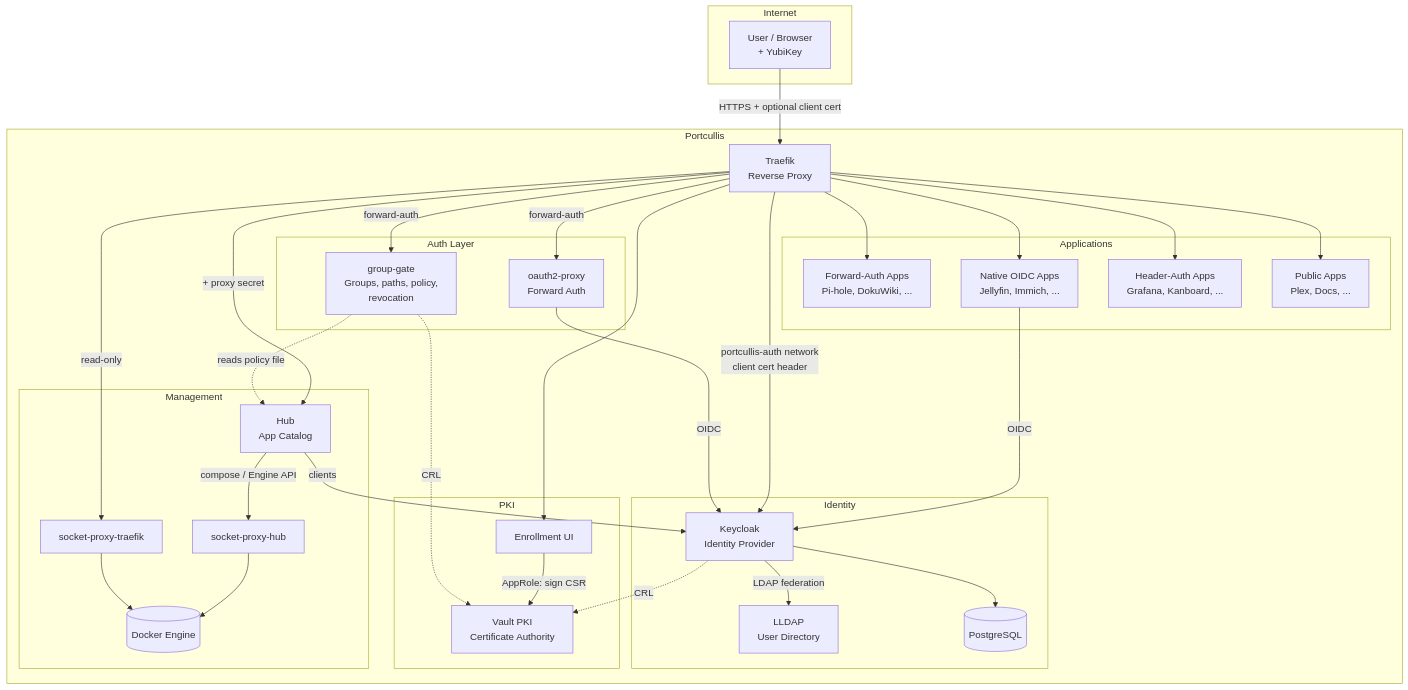
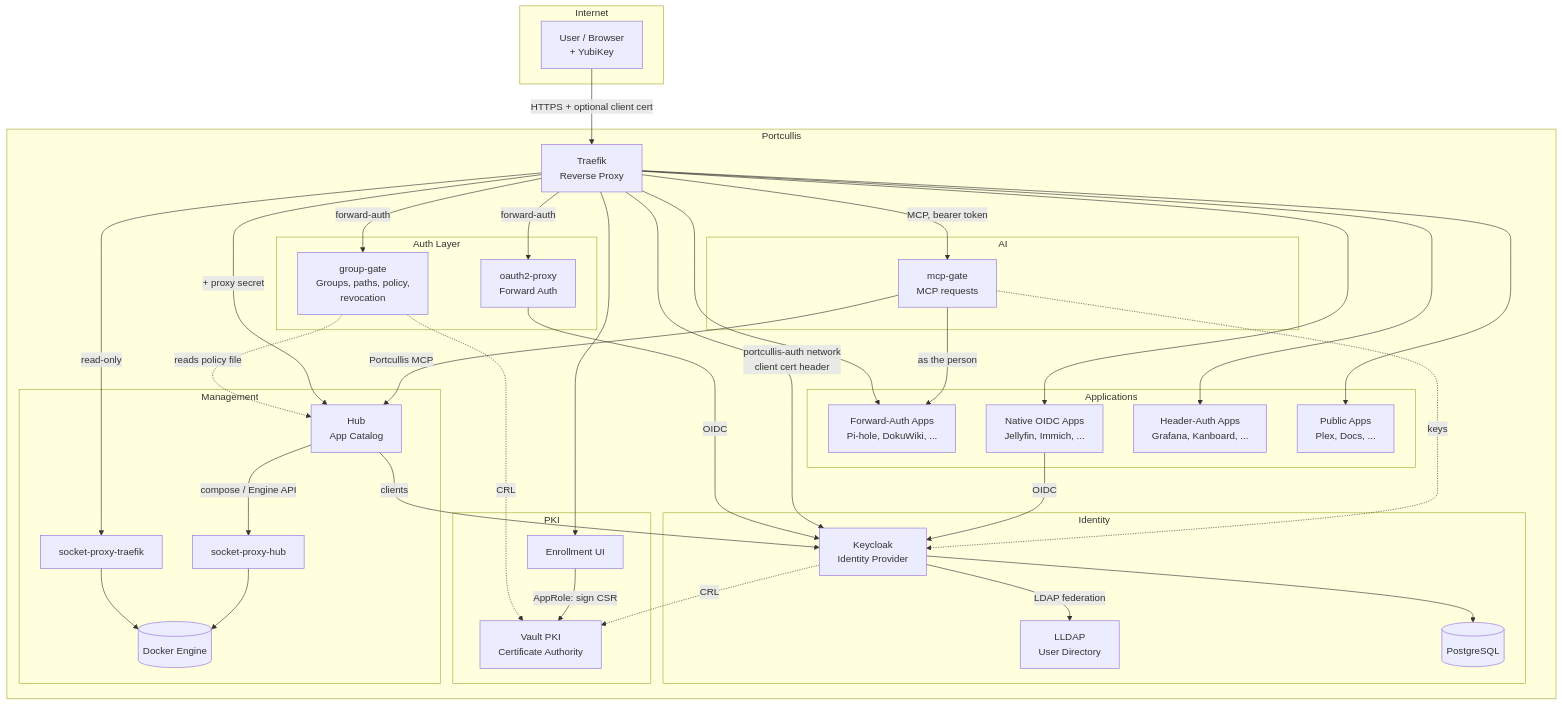
Before and after one commit to porelli/portcullis-docs: the first of 12 diagrams in docs/architecture.md, drawn with Mermaid. The commit also changed other lines of this file and 74 other files, not shown here.

````diff
--- a/docs/architecture.md
+++ b/docs/architecture.md
@@ -7,69 +7,78 @@
 ```mermaid
 graph TB
     subgraph Internet
         User[User / Browser<br/>+ YubiKey]
     end
 
     subgraph Portcullis
         Traefik[Traefik<br/>Reverse Proxy]
 
         subgraph Auth Layer
             OAuth2[oauth2-proxy<br/>Forward Auth]
             GroupGate[group-gate<br/>Groups, paths, policy,<br/>revocation]
         end
 
         subgraph Identity
             Keycloak[Keycloak<br/>Identity Provider]
             LLDAP[LLDAP<br/>User Directory]
             Postgres[(PostgreSQL)]
         end
 
         subgraph PKI
             Vault[Vault PKI<br/>Certificate Authority]
             Enroll[Enrollment UI]
+        end
+
+        subgraph AI
+            MCPGate[mcp-gate<br/>MCP requests]
         end
 
         subgraph Management
             Hub[Hub<br/>App Catalog]
             SPH[socket-proxy-hub]
             SPT[socket-proxy-traefik]
             Docker[(Docker Engine)]
         end
 
         subgraph Applications
             AppFA[Forward-Auth Apps<br/>Pi-hole, DokuWiki, ...]
             AppOIDC[Native OIDC Apps<br/>Jellyfin, Immich, ...]
             AppHeader[Header-Auth Apps<br/>Grafana, Kanboard, ...]
             AppPublic[Public Apps<br/>Plex, Docs, ...]
         end
     end
 
     User -->|HTTPS + optional client cert| Traefik
 
     Traefik -->|forward-auth| OAuth2
     OAuth2 -->|OIDC| Keycloak
     Traefik -->|forward-auth| GroupGate
     GroupGate -.->|CRL| Vault
     GroupGate -.->|reads policy file| Hub
     Traefik -->|portcullis-auth network<br/>client cert header| Keycloak
 
     Traefik --> AppFA
     Traefik --> AppOIDC
     Traefik --> AppHeader
     Traefik --> AppPublic
     Traefik -->|+ proxy secret| Hub
     Traefik --> Enroll
 
     AppOIDC -->|OIDC| Keycloak
 
     Keycloak -->|LDAP federation| LLDAP
     Keycloak --> Postgres
     Keycloak -.->|CRL| Vault
     Enroll -->|AppRole: sign CSR| Vault
 
     Traefik -->|read-only| SPT
     Hub -->|compose / Engine API| SPH
     SPT --> Docker
     SPH --> Docker
     Hub -->|clients| Keycloak
+
+    Traefik -->|MCP, bearer token| MCPGate
+    MCPGate -.->|keys| Keycloak
+    MCPGate -->|as the person| AppFA
+    MCPGate -->|Portcullis MCP| Hub
 ```
````
